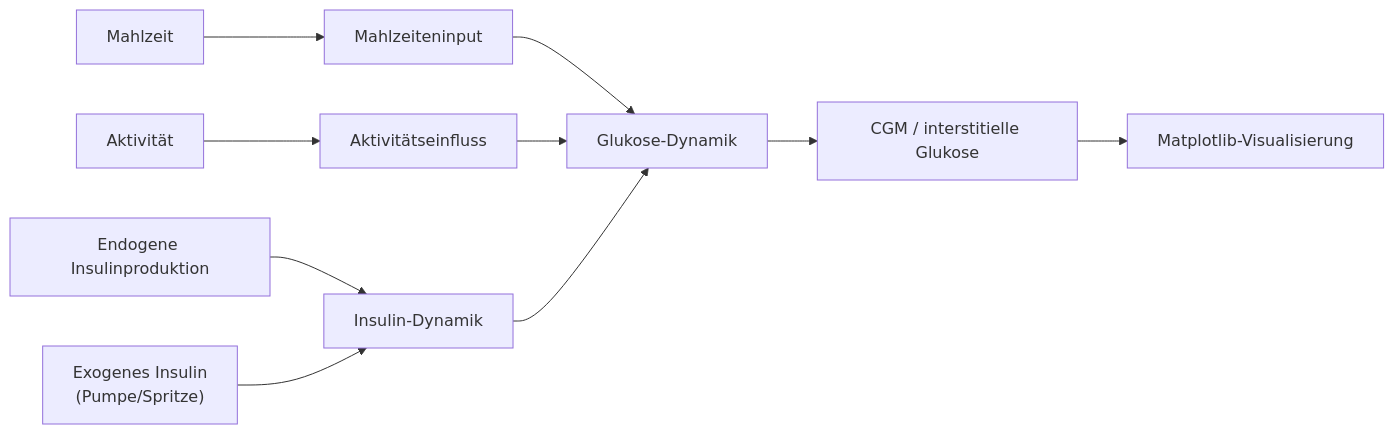
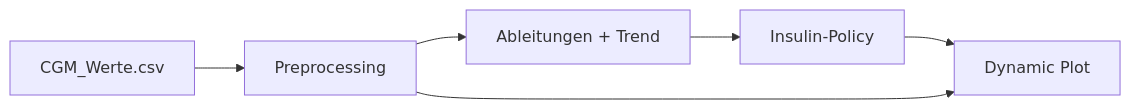
The diagram in README.md (kennywuethrich/hslu-digitaltwins), drawn with Mermaid before and after one commit. The commit also changed other lines of this file and 20 other files, not shown here.

````diff
--- a/README.md
+++ b/README.md
@@ -113,12 +75,8 @@
 ```mermaid
 flowchart LR
-    meal[Mahlzeit] --> meal_input[Mahlzeiteninput]
-    activity[Aktivität] --> activity_input[Aktivitätseinfluss]
-    endogenous[Endogene Insulinproduktion] --> insulin_model[Insulin-Dynamik]
-    exogenous["Exogenes Insulin<br/>(Pumpe/Spritze)"] --> insulin_model
-    meal_input --> glucose_model[Glukose-Dynamik]
-    activity_input --> glucose_model
-    insulin_model --> glucose_model
-    glucose_model --> cgm[CGM / interstitielle Glukose]
-    cgm --> plot[Matplotlib-Visualisierung]
+    cgm_data[CGM_Werte.csv] --> preprocess[Preprocessing]
+    preprocess --> derivatives[Ableitungen + Trend]
+    derivatives --> model[Insulin-Policy]
+    model --> plot[Dynamic Plot]
+    preprocess --> plot
 ```
````
